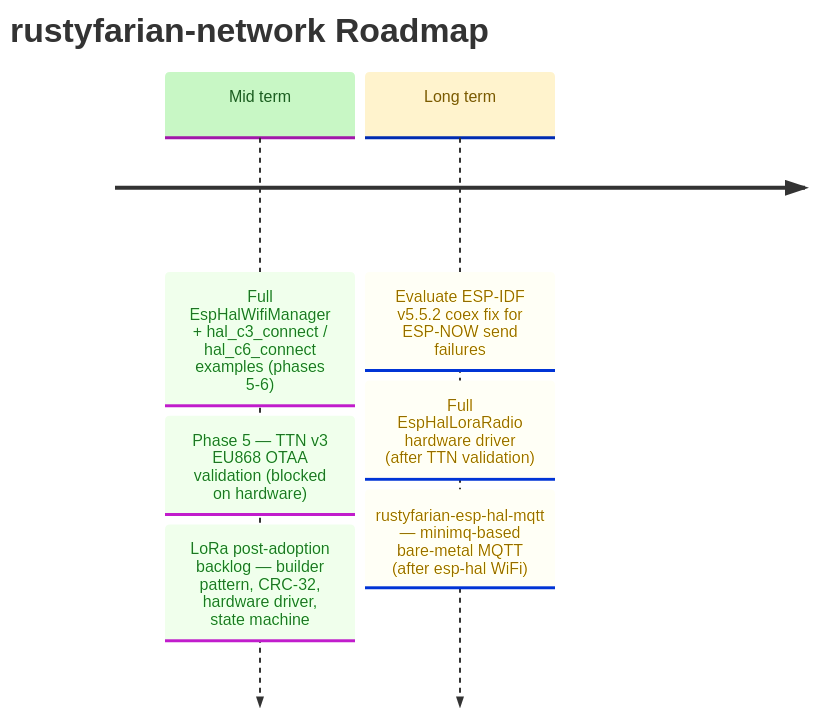
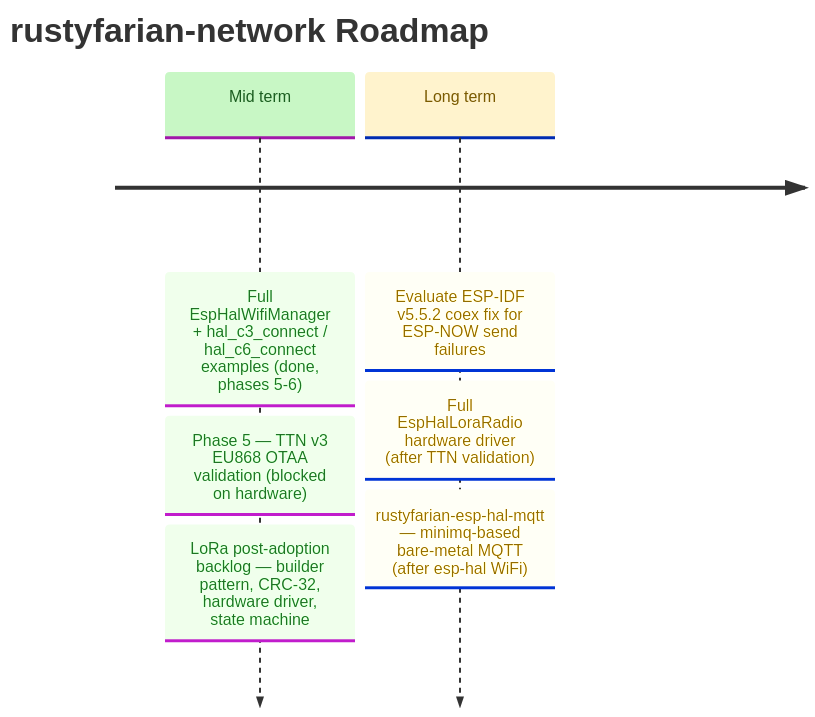
Before and after one commit to datenkollektiv/rustyfarian-network: the diagram in docs/ROADMAP.md, drawn with Mermaid. The commit also changed other lines of this file and 16 other files, not shown here.

Commit message:
Implement bare-metal Wi-Fi manager for ESP32-C3/C6 with examples

````diff
--- a/docs/ROADMAP.md
+++ b/docs/ROADMAP.md
@@ -8,24 +9,24 @@
 ```mermaid
 %%{init: {
   "theme": "base",
   "themeVariables": {
     "cScale0": "#c8f7c5",
     "cScaleLabel0": "#1b5e20",
     "cScale1": "#fff3cd",
     "cScaleLabel1": "#7a5a00",
     "cScale2": "#e3f2fd",
     "cScaleLabel2": "#0d47a1"
   }
 }}%%
 
 timeline
     title rustyfarian-network Roadmap
 
-    Mid term  : Full EspHalWifiManager + hal_c3_connect / hal_c6_connect examples (phases 5-6)
+    Mid term  : Full EspHalWifiManager + hal_c3_connect / hal_c6_connect examples (done, phases 5-6)
               : Phase 5 — TTN v3 EU868 OTAA validation (blocked on hardware)
               : LoRa post-adoption backlog — builder pattern, CRC-32, hardware driver, state machine
 
     Long term : Evaluate ESP-IDF v5.5.2 coex fix for ESP-NOW send failures
               : Full EspHalLoraRadio hardware driver (after TTN validation)
               : rustyfarian-esp-hal-mqtt — minimq-based bare-metal MQTT (after esp-hal WiFi)
 ```
````
